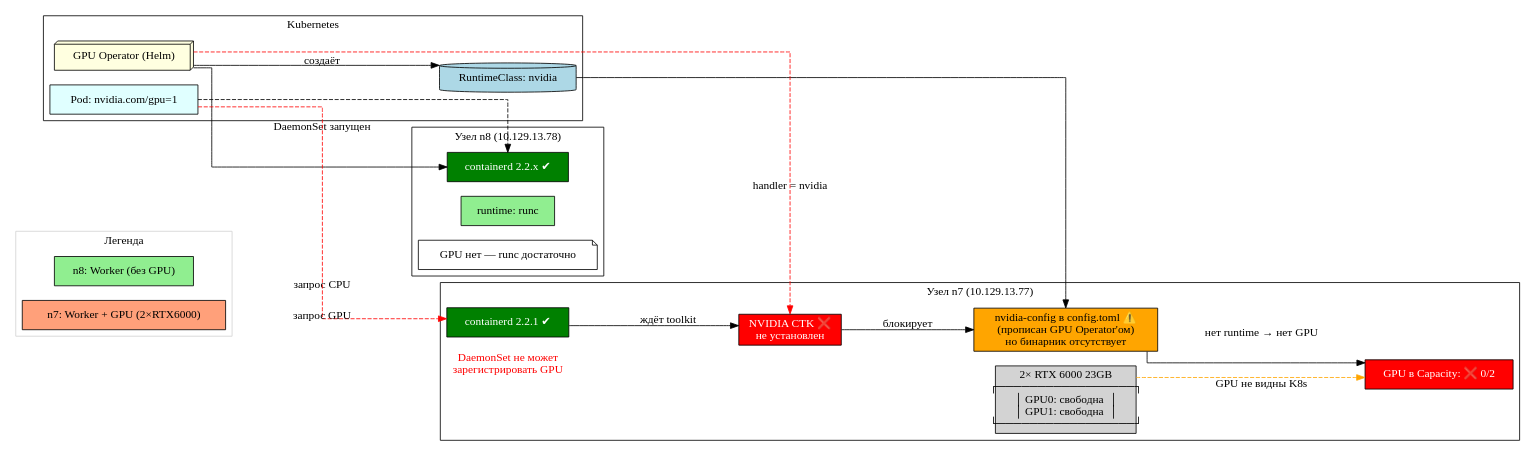
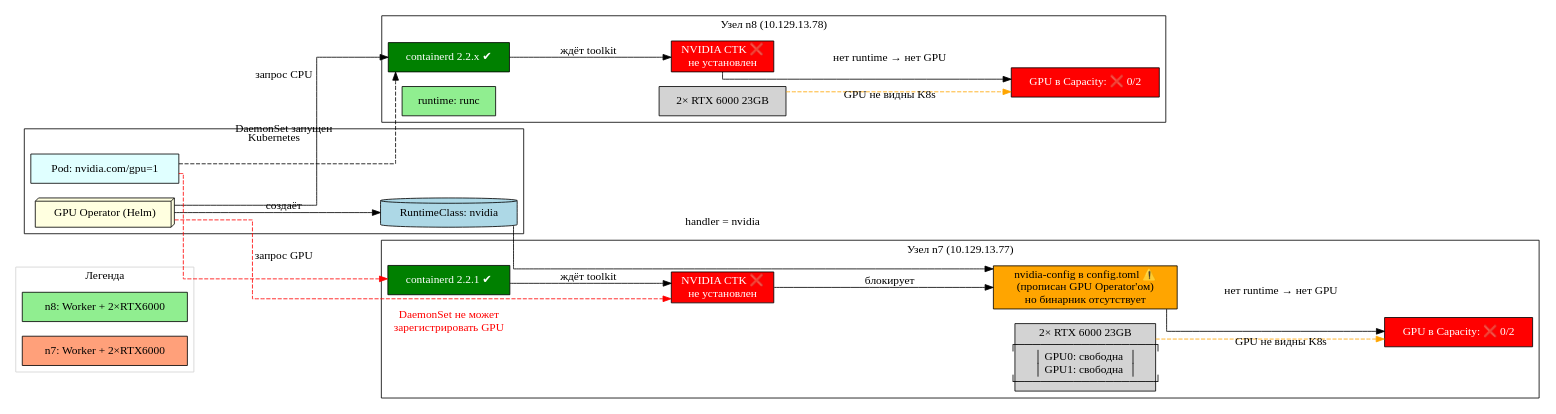
Before and after one commit to dedvmedved-dot/aither-project: the first of 2 diagrams in aither-v2/02-containerd-nvidia-runtime/README.md, drawn with Graphviz. The commit also changed other lines of this file and 1 other file, not shown here.

Commit message:
fix: both n8 and n7 have 2× RTX 6000 — corrected tables and DOT diagrams

````diff
--- a/aither-v2/02-containerd-nvidia-runtime/README.md
+++ b/aither-v2/02-containerd-nvidia-runtime/README.md
@@ -232,54 +233,60 @@
 ```dot
 // Этап 2: Containerd + NVIDIA Runtime — компоненты и связи
 // Сохранено: docs/diagrams/02-containerd-nvidia-runtime.dot
 
 digraph G {
     rankdir=LR;
     splines=ortho;
     node [shape=box, style=rounded];
     ranksep=1.2;
 
     subgraph cluster_legend {
         label="Легенда";
         color=lightgrey;
-        n8 [label="n8: Worker (без GPU)", shape=box, style=filled, fillcolor=lightgreen];
-        n7 [label="n7: Worker + GPU (2×RTX6000)", shape=box, style=filled, fillcolor=lightsalmon];
+        n8 [label="n8: Worker + 2×RTX6000", shape=box, style=filled, fillcolor=lightgreen];
+        n7 [label="n7: Worker + 2×RTX6000", shape=box, style=filled, fillcolor=lightsalmon];
     }
 
     subgraph cluster_k8s {
         label="Kubernetes";
         runtimeclass [label="RuntimeClass: nvidia", shape=cylinder, style=filled, fillcolor=lightblue];
         gpu_op [label="GPU Operator (Helm)", shape=box3d, style=filled, fillcolor=lightyellow];
         pod_gpu [label="Pod: nvidia.com/gpu=1", shape=box, style=filled, fillcolor=lightcyan];
     }
 
     subgraph cluster_n8 {
         label="Узел n8 (10.129.13.78)";
         containerd_n8 [label="containerd 2.2.x ✔", shape=box, style=filled, fillcolor=green, fontcolor=white];
         ctr_n8 [label="runtime: runc", shape=box, style=filled, fillcolor=lightgreen];
-        ctr_note [label="GPU нет — runc достаточно", shape=note, fillcolor=lightyellow];
+        nvidia_ctk_n8 [label="NVIDIA CTK ❌\nне установлен", shape=box, style=filled, fillcolor=red, fontcolor=white];
+        gpu_hw_n8 [label="2× RTX 6000 23GB", shape=box, style=filled, fillcolor=lightgrey];
+        no_gpu_k8s_n8 [label="GPU в Capacity: ❌ 0/2", shape=box, style=filled, fillcolor=red, fontcolor=white];
+
+        containerd_n8 -> nvidia_ctk_n8 [label="ждёт toolkit"];
+        nvidia_ctk_n8 -> no_gpu_k8s_n8 [label="нет runtime → нет GPU"];
+        gpu_hw_n8 -> no_gpu_k8s_n8 [label="GPU не видны K8s", style=dashed, color=orange];
     }
 
     subgraph cluster_n7 {
         label="Узел n7 (10.129.13.77)";
         containerd_n7 [label="containerd 2.2.1 ✔", shape=box, style=filled, fillcolor=green, fontcolor=white];
         nvidia_ctk_missing [label="NVIDIA CTK ❌\nне установлен", shape=box, style=filled, fillcolor=red, fontcolor=white];
         nvidia_runtime [label="nvidia-config в config.toml ⚠️\n(прописан GPU Operator'ом)\nно бинарник отсутствует", shape=box, style=filled, fillcolor=orange];
         gpu_hw [label="2× RTX 6000 23GB\n┌─────────────────┐\n│ GPU0: свободна  │\n│ GPU1: свободна  │\n└─────────────────┘", shape=box, style=filled, fillcolor=lightgrey];
         no_gpu_k8s [label="GPU в Capacity: ❌ 0/2", shape=box, style=filled, fillcolor=red, fontcolor=white];
 
         containerd_n7 -> nvidia_ctk_missing [label="ждёт toolkit"];
         nvidia_ctk_missing -> nvidia_runtime [label="блокирует"];
         nvidia_runtime -> no_gpu_k8s [label="нет runtime → нет GPU"];
         gpu_hw -> no_gpu_k8s [label="GPU не видны K8s", style=dashed, color=orange];
     }
 
     // Связи кластера
     gpu_op -> runtimeclass [label="создаёт"];
     gpu_op -> containerd_n8 [label="DaemonSet запущен"];
     gpu_op -> nvidia_ctk_missing [label="DaemonSet не может\nзарегистрировать GPU", style=dashed, color=red, fontcolor=red];
     runtimeclass -> nvidia_runtime [label="handler = nvidia"];
     pod_gpu -> containerd_n7 [label="запрос GPU", style=dashed, color=red];
     pod_gpu -> containerd_n8 [label="запрос CPU", style=dashed];
 }
 ```
````
